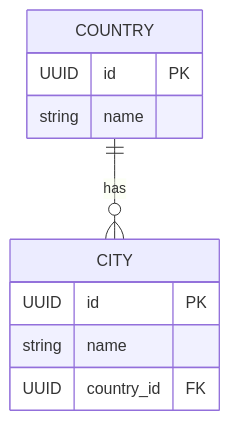
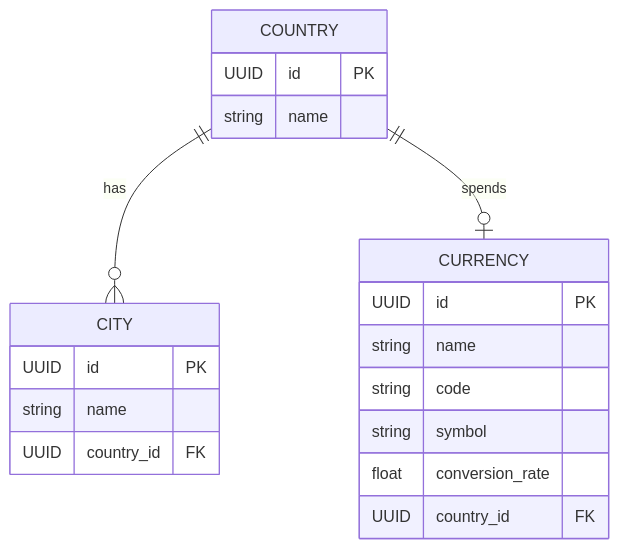
One commit to JulianKirk/TripGenie changed the diagram in shared/docs/object-model.md. Above: the diagram before and after it, drawn with Mermaid. The commit also changed other lines of this file and 20 other files, not shown here.

````diff
--- a/shared/docs/object-model.md
+++ b/shared/docs/object-model.md
@@ -94,15 +140,25 @@
 ```mermaid
 erDiagram
     COUNTRY ||--o{ CITY : has
+    COUNTRY ||--o| CURRENCY : spends
 
     COUNTRY {
         UUID id PK
         string name
     }
 
     CITY {
         UUID id PK
         string name
         UUID country_id FK
     }
+
+    CURRENCY {
+        UUID id PK
+        string name
+        string code
+        string symbol
+        float conversion_rate
+        UUID country_id FK
+    }
 ```
````
